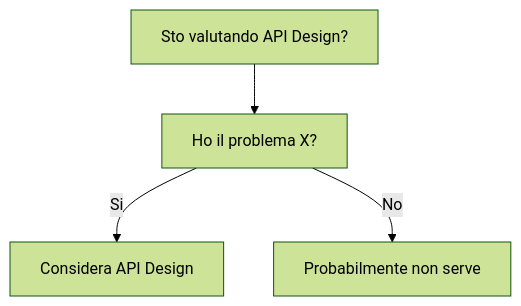
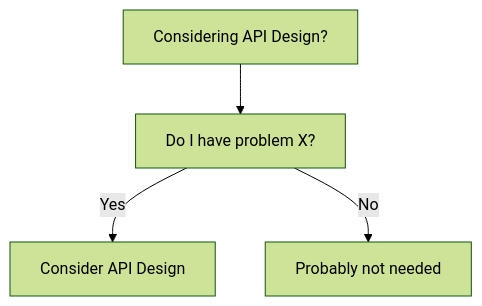
The diagram in dev-wiki/07_Networking/API_Design/When_To_Use.md (HxT9/Software-Dev-Wiki), drawn with Mermaid (forest theme) before and after one commit. The commit also changed other lines of this file and 3444 other files, not shown here.

````diff
--- a/dev-wiki/07_Networking/API_Design/When_To_Use.md
+++ b/dev-wiki/07_Networking/API_Design/When_To_Use.md
@@ -19,6 +19,6 @@
 ```mermaid
 flowchart TD
-  Q[Sto valutando API Design?] --> Q1[Ho il problema X?]
-  Q1 -->|Si| OK[Considera API Design]
-  Q1 -->|No| NO[Probabilmente non serve]
+  Q[Considering API Design?] --> Q1[Do I have problem X?]
+  Q1 -->|Yes| OK[Consider API Design]
+  Q1 -->|No| NO[Probably not needed]
 ```
````
